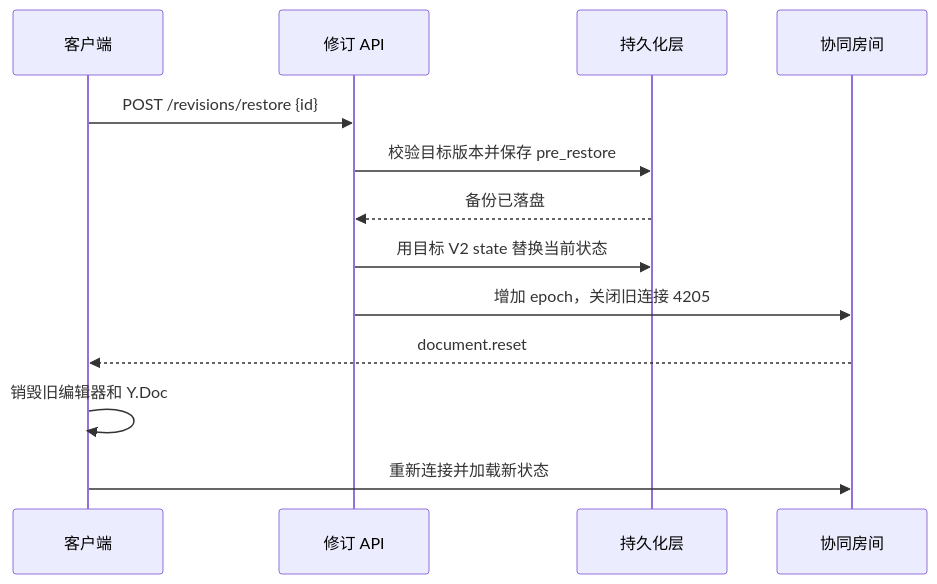
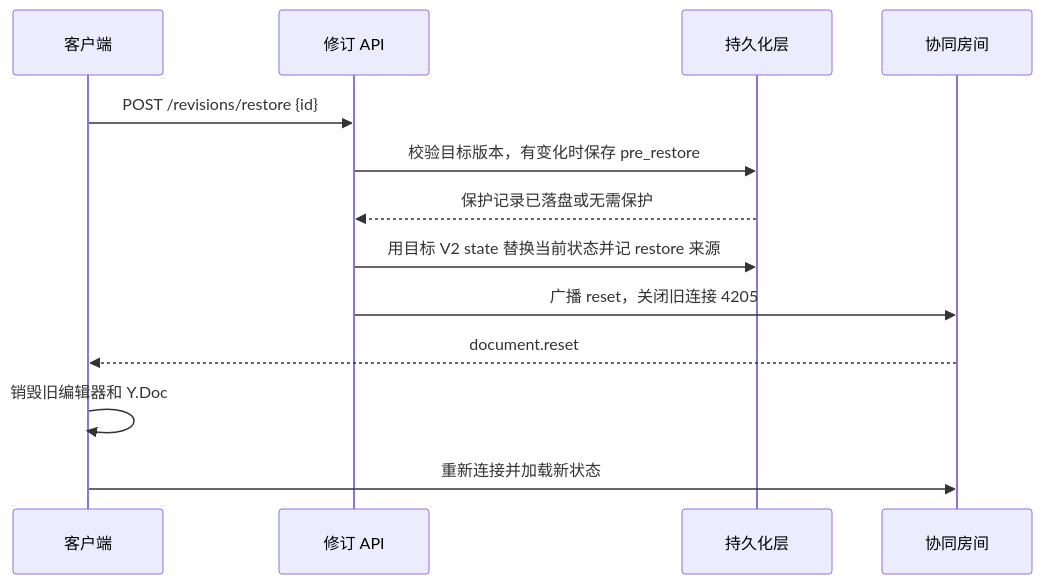
One commit to MoMeak9/tiptap-yjs-snapshot changed the second of 2 diagrams in docs/architecture.zh-CN.md. Above: the diagram before and after it, drawn with Mermaid. The commit also changed other lines of this file and 16 other files, not shown here.

````diff
--- a/docs/architecture.zh-CN.md
+++ b/docs/architecture.zh-CN.md
@@ -41,15 +43,15 @@
 ```mermaid
 sequenceDiagram
   participant UI as 客户端
   participant API as 修订 API
   participant Store as 持久化层
   participant Room as 协同房间
   UI->>API: POST /revisions/restore {id}
-  API->>Store: 校验目标版本并保存 pre_restore
-  Store-->>API: 备份已落盘
-  API->>Store: 用目标 V2 state 替换当前状态
-  API->>Room: 增加 epoch，关闭旧连接 4205
+  API->>Store: 校验目标版本，有变化时保存 pre_restore
+  Store-->>API: 保护记录已落盘或无需保护
+  API->>Store: 用目标 V2 state 替换当前状态并记 restore 来源
+  API->>Room: 广播 reset，关闭旧连接 4205
   Room-->>UI: document.reset
   UI->>UI: 销毁旧编辑器和 Y.Doc
   UI->>Room: 重新连接并加载新状态
 ```
````
